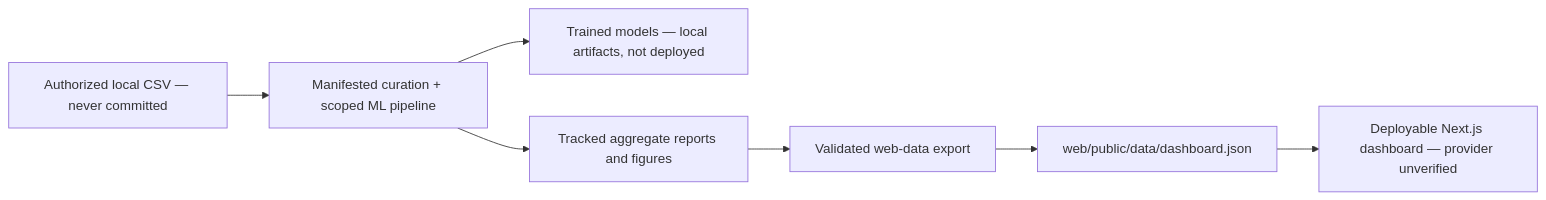
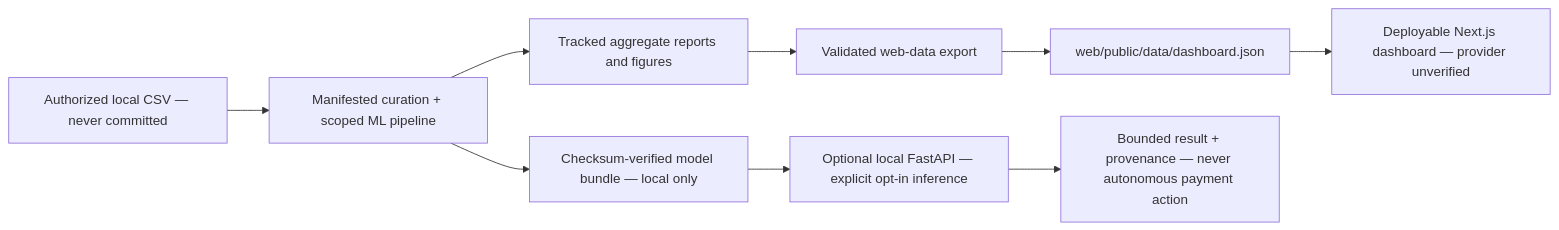
One commit to imayankss/SecureSwipe changed the diagram in README.md. Above: the diagram before and after it, drawn with Mermaid. The commit also changed other lines of this file and 37 other files, not shown here.

````diff
--- a/README.md
+++ b/README.md
@@ -79,9 +92,11 @@
 ```mermaid
 flowchart LR
     A["Authorized local CSV — never committed"] --> B["Manifested curation + scoped ML pipeline"]
-    B --> C["Trained models — local artifacts, not deployed"]
+    B --> C["Checksum-verified model bundle — local only"]
     B --> D["Tracked aggregate reports and figures"]
     D --> E["Validated web-data export"]
     E --> F["web/public/data/dashboard.json"]
     F --> G["Deployable Next.js dashboard — provider unverified"]
+    C --> H["Optional local FastAPI — explicit opt-in inference"]
+    H --> I["Bounded result + provenance — never autonomous payment action"]
 ```
````
